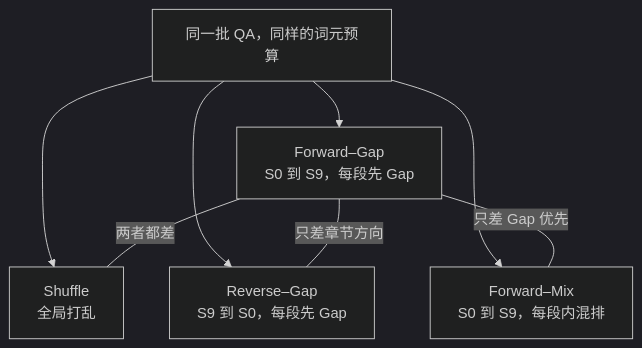
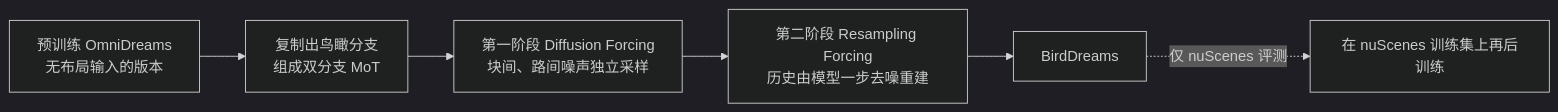
One commit to yingwang/paper-reads changed the fourth of 5 diagrams in docs/index.md. Above: the diagram before and after it, drawn with Mermaid (dark theme). The commit also changed other lines of this file and 2 other files, not shown here.

````diff
--- a/docs/index.md
+++ b/docs/index.md
@@ -169,10 +248,8 @@
 ```mermaid
-graph TD
-  D["同一批 QA，同样的词元预算"] --> SH["Shuffle<br/>全局打乱"]
-  D --> FG["Forward–Gap<br/>S0 到 S9，每段先 Gap"]
-  D --> RG["Reverse–Gap<br/>S9 到 S0，每段先 Gap"]
-  D --> FM["Forward–Mix<br/>S0 到 S9，每段内混排"]
-  FG ---|只差章节方向| RG
-  FG ---|只差 Gap 优先| FM
-  FG ---|两者都差| SH
+flowchart LR
+    P0["预训练 OmniDreams<br/>无布局输入的版本"] --> P1["复制出鸟瞰分支<br/>组成双分支 MoT"]
+    P1 --> P2["第一阶段 Diffusion Forcing<br/>块间、路间噪声独立采样"]
+    P2 --> P3["第二阶段 Resampling Forcing<br/>历史由模型一步去噪重建"]
+    P3 --> P4["BirdDreams"]
+    P4 -.->|"仅 nuScenes 评测"| P5["在 nuScenes 训练集上再后训练"]
 ```
````
